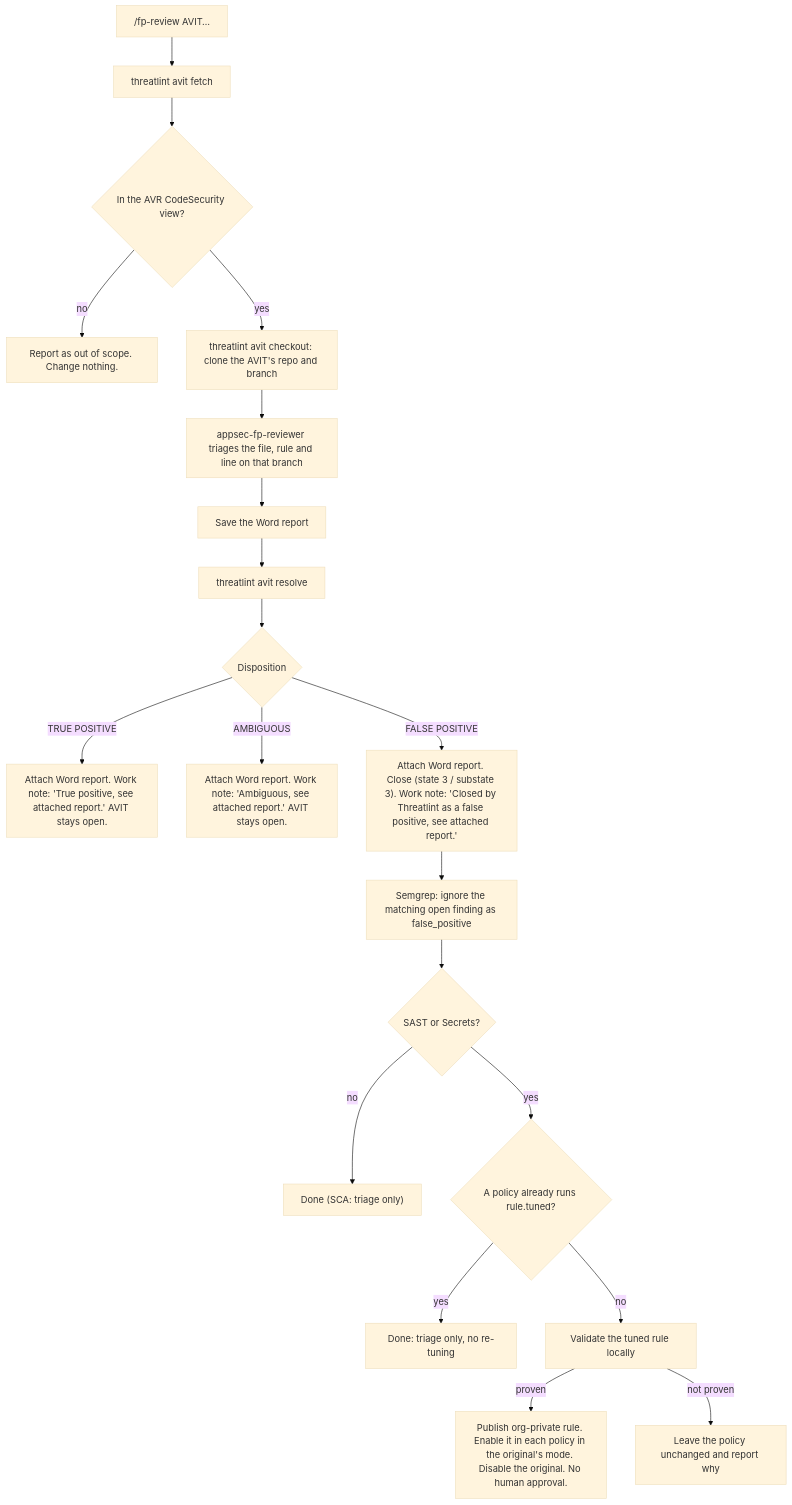
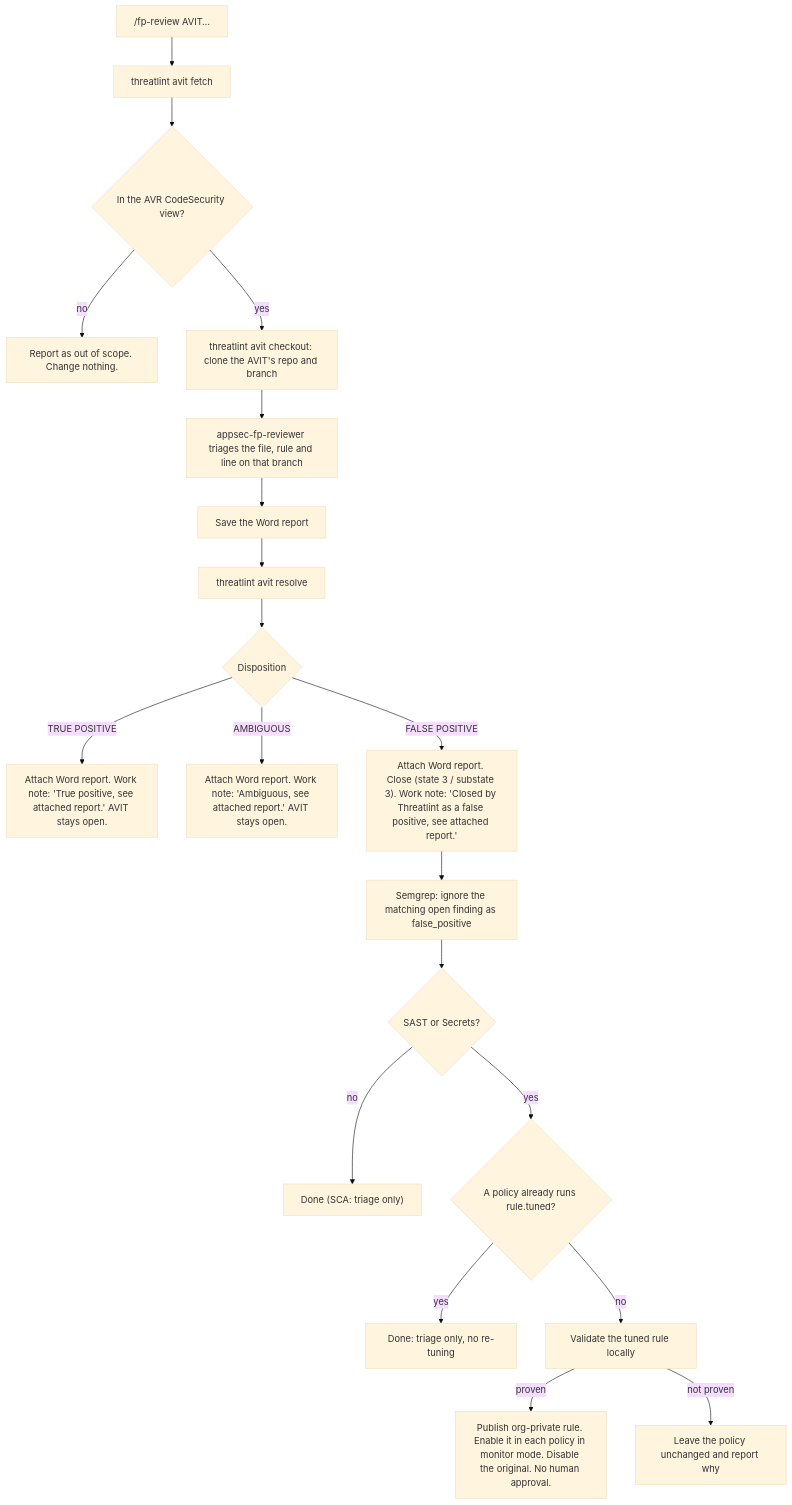
The first of 2 diagrams in docs/avit-integration.md (h0p3sf4ll/threatlint), drawn with Mermaid (base theme) before and after one commit. The commit also changed other lines of this file and 2 other files, not shown here.

First line of the commit message:
fix(semgrep): enable a tuned rule only in monitor mode

````diff
--- a/docs/avit-integration.md
+++ b/docs/avit-integration.md
@@ -86,22 +86,22 @@
 ```mermaid
 flowchart TD
     A["/fp-review AVIT…"] --> B["threatlint avit fetch"]
     B --> C{"In the AVR CodeSecurity view?"}
     C -- no --> X["Report as out of scope. Change nothing."]
     C -- yes --> D["threatlint avit checkout: clone the AVIT's repo and branch"]
     D --> E["appsec-fp-reviewer triages the file, rule and line on that branch"]
     E --> F["Save the Word report"]
     F --> G["threatlint avit resolve"]
     G --> H{"Disposition"}
     H -- "TRUE POSITIVE" --> T["Attach Word report. Work note: 'True positive, see attached report.' AVIT stays open."]
     H -- AMBIGUOUS --> N["Attach Word report. Work note: 'Ambiguous, see attached report.' AVIT stays open."]
     H -- "FALSE POSITIVE" --> P["Attach Word report. Close (state 3 / substate 3). Work note: 'Closed by Threatlint as a false positive, see attached report.'"]
     P --> S["Semgrep: ignore the matching open finding as false_positive"]
     S --> R{"SAST or Secrets?"}
     R -- no --> Z["Done (SCA: triage only)"]
     R -- yes --> Q{"A policy already runs rule.tuned?"}
     Q -- yes --> Z2["Done: triage only, no re-tuning"]
     Q -- no --> V["Validate the tuned rule locally"]
-    V -- proven --> W["Publish org-private rule. Enable it in each policy in the original's mode. Disable the original. No human approval."]
+    V -- proven --> W["Publish org-private rule. Enable it in each policy in monitor mode. Disable the original. No human approval."]
     V -- "not proven" --> Y["Leave the policy unchanged and report why"]
 ```
````
